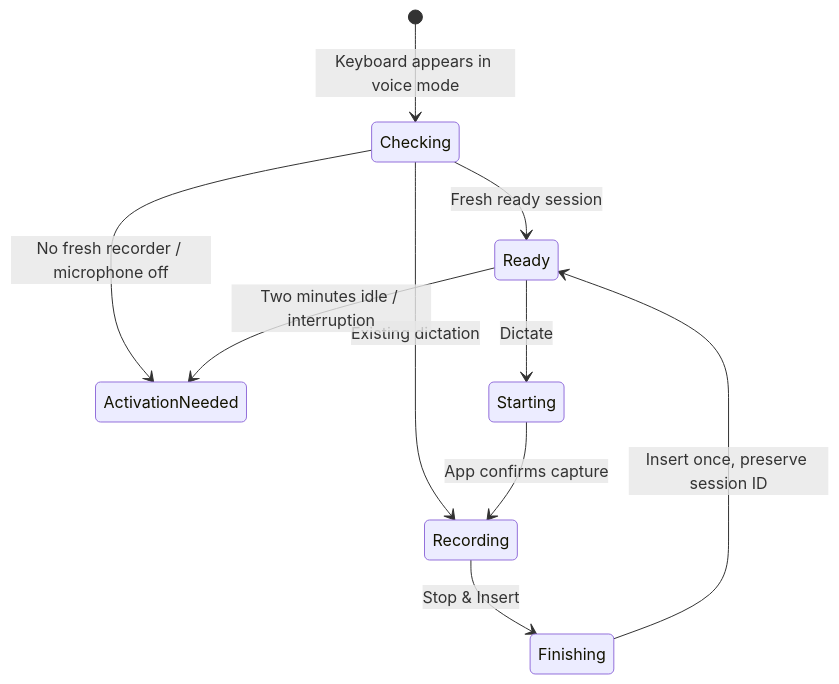
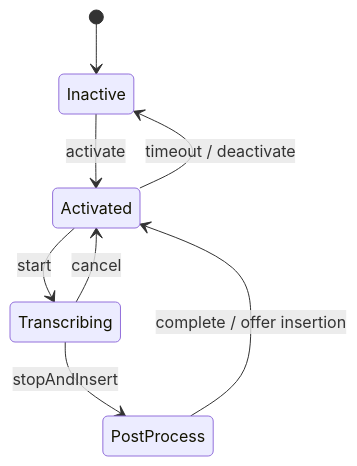
Before and after one commit to jeffdeville/saywick: the diagram in docs/keyboard-session.md, drawn with Mermaid. The commit also changed other lines of this file and 77 other files, not shown here.

Commit message:
Reconcile the shipping Polish keyboard and recorder with main

````diff
--- a/docs/keyboard-session.md
+++ b/docs/keyboard-session.md
@@ -76,12 +74,10 @@
 ```mermaid
 stateDiagram-v2
-    [*] --> Checking: Keyboard appears in voice mode
-    Checking --> ActivationNeeded: No fresh recorder / microphone off
-    Checking --> Ready: Fresh ready session
-    Checking --> Recording: Existing dictation
-    Ready --> Starting: Dictate
-    Starting --> Recording: App confirms capture
-    Recording --> Finishing: Stop & Insert
-    Finishing --> Ready: Insert once, preserve session ID
-    Ready --> ActivationNeeded: Two minutes idle / interruption
+    [*] --> Inactive
+    Inactive --> Activated: activate
+    Activated --> Transcribing: start
+    Transcribing --> PostProcess: stopAndInsert
+    Transcribing --> Activated: cancel
+    PostProcess --> Activated: complete / offer insertion
+    Activated --> Inactive: timeout / deactivate
 ```
````
